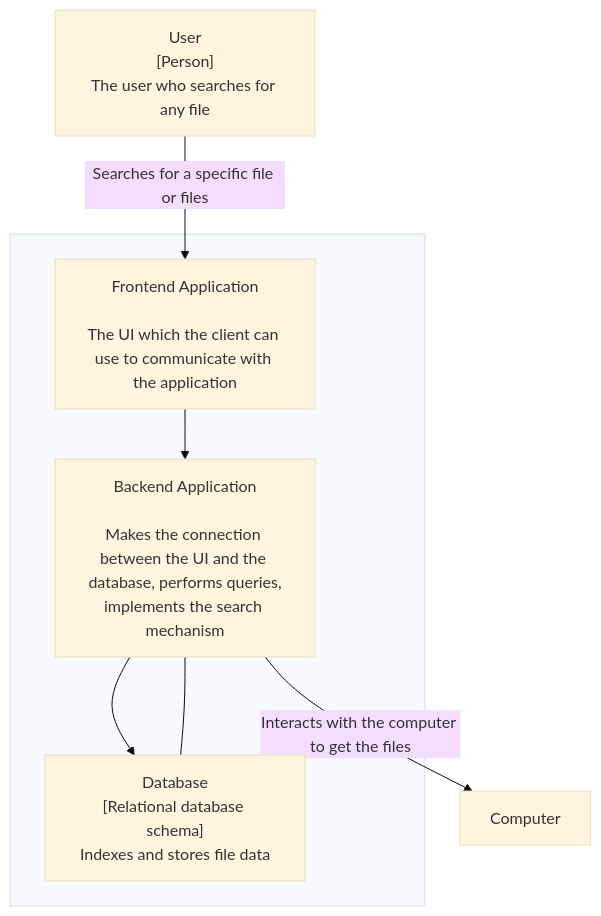
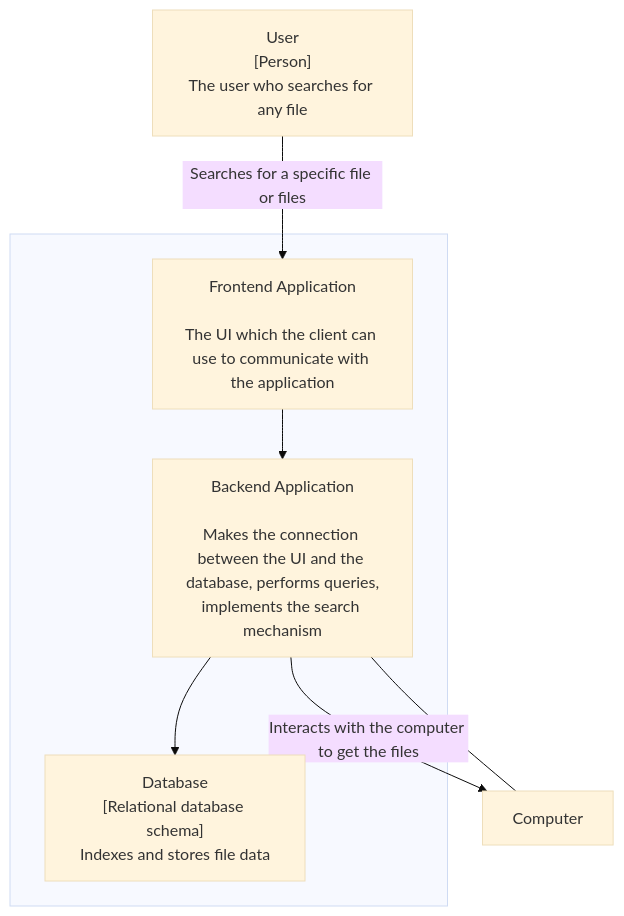
The second of 2 diagrams in ARCHITECTURE.md (moldovanolimpiu/File-Search-Engine), drawn with Mermaid (base theme) before and after one commit.

````diff
--- a/ARCHITECTURE.md
+++ b/ARCHITECTURE.md
@@ -14,16 +14,16 @@
 ``` mermaid
 
 flowchart TD
     subgraph Group1[" "]
         A
         B
         C
     end
     D["User\n[Person]\nThe user who searches for any file"] -->|Searches for a specific file or files| C
     C["Frontend Application\n\nThe UI which the client can use to communicate with the application"] --> A["Backend Application\n\nMakes the connection between the UI and the database, performs queries,
 implements the search mechanism"]
     A --> B["Database\n[Relational database schema]\nIndexes and stores file data"]
     A -->|Interacts with the computer to get the files| E["Computer"]
-    A --- B
+    A --- E
 
 ```
````
